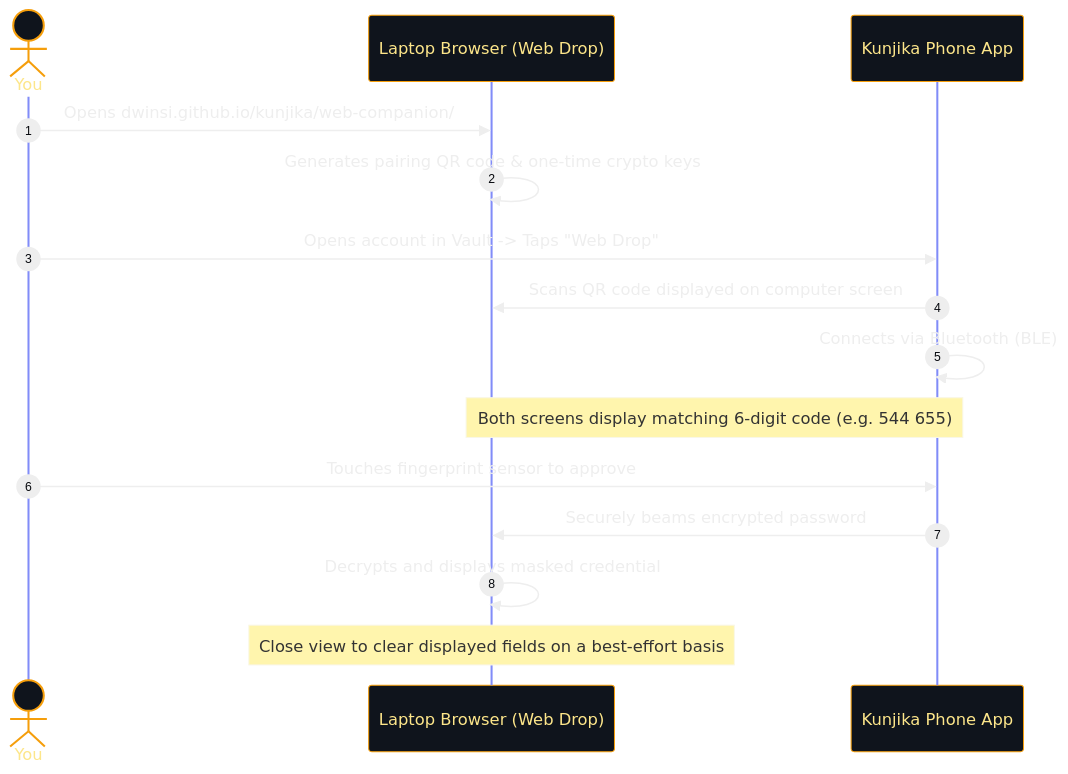
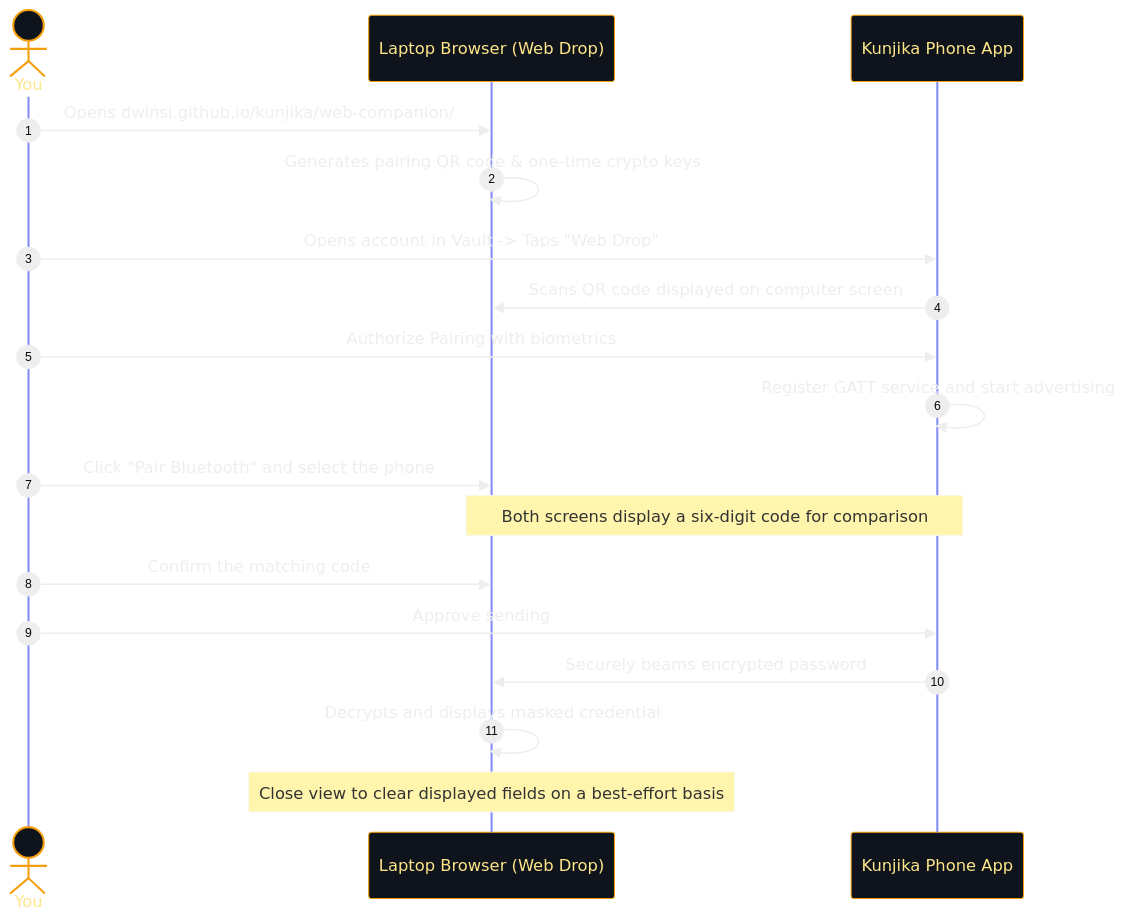
One commit to dwinsi/kunjika changed the diagram in docs/user-guide.md. Above: the diagram before and after it, drawn with Mermaid. The commit also changed other lines of this file and 14 other files, not shown here.

````diff
--- a/docs/user-guide.md
+++ b/docs/user-guide.md
@@ -141,19 +141,22 @@
 ```mermaid
 %%{init: {'theme': 'base', 'themeVariables': {'darkMode': true, 'background': '#07090E', 'actorBkg': '#0F141C', 'actorBorder': '#F59E0B', 'actorTextColor': '#FDE68A', 'actorLineColor': '#818CF8'}}}%%
 sequenceDiagram
     autonumber
     actor User as You
     participant PC as Laptop Browser (Web Drop)
     participant Phone as Kunjika Phone App
 
     User->>PC: Opens dwinsi.github.io/kunjika/web-companion/
     PC->>PC: Generates pairing QR code & one-time crypto keys
     User->>Phone: Opens account in Vault -> Taps "Web Drop"
     Phone->>PC: Scans QR code displayed on computer screen
-    Phone->>Phone: Connects via Bluetooth (BLE)
-    Note over PC,Phone: Both screens display matching 6-digit code (e.g. 544 655)
-    User->>Phone: Touches fingerprint sensor to approve
+    User->>Phone: Authorize Pairing with biometrics
+    Phone->>Phone: Register GATT service and start advertising
+    User->>PC: Click "Pair Bluetooth" and select the phone
+    Note over PC,Phone: Both screens display a six-digit code for comparison
+    User->>PC: Confirm the matching code
+    User->>Phone: Approve sending
     Phone->>PC: Securely beams encrypted password
     PC->>PC: Decrypts and displays masked credential
     Note over PC: Close view to clear displayed fields on a best-effort basis
 ```
````
